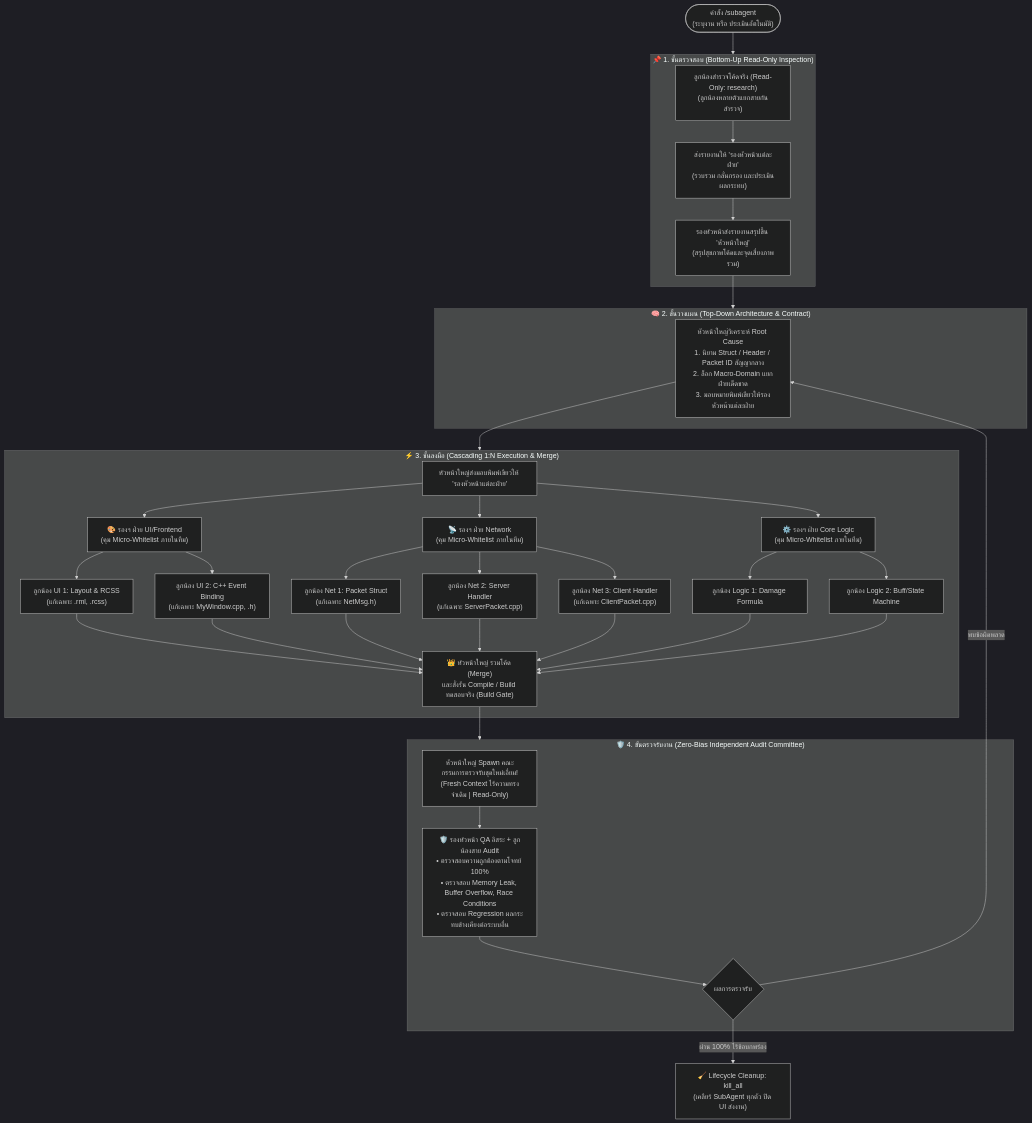
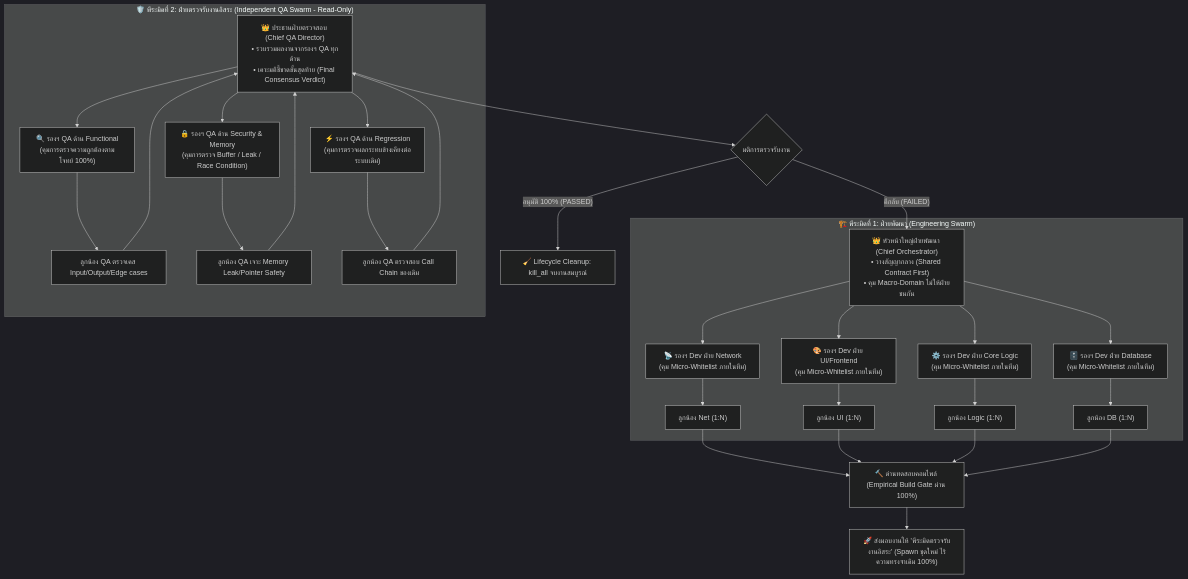
The diagram in subagent/SKILL.md (skszone01/antigravity-skills), drawn with Mermaid (dark theme) before and after one commit. The commit also changed other lines of this file and 1 other file, not shown here.

Commit message:
feat(subagent): upgrade to Symmetric Dual-Pyramid architecture (Dev Swarm vs Independent QA Swarm)

````diff
--- a/subagent/SKILL.md
+++ b/subagent/SKILL.md
@@ -49,52 +15,37 @@
 ```mermaid
 flowchart TD
-    User(["คำสั่ง /subagent<br>(ระบุงาน หรือ ประเมินอัตโนมัติ)"]) --> Step1
+    subgraph PyramidA ["🏗️ พีระมิดที่ 1: ฝ่ายพัฒนา (Engineering Swarm)"]
+        LeadDev["👑 หัวหน้าใหญ่ฝ่ายพัฒนา (Chief Orchestrator)<br>• วางสัญญากลาง (Shared Contract First)<br>• คุม Macro-Domain ไม่ให้ฝ่ายชนกัน"]
+        
+        LeadDev --> ViceDevNet["📡 รองฯ Dev ฝ่าย Network<br>(คุม Micro-Whitelist ภายในทีม)"]
+        LeadDev --> ViceDevUI["🎨 รองฯ Dev ฝ่าย UI/Frontend<br>(คุม Micro-Whitelist ภายในทีม)"]
+        LeadDev --> ViceDevLogic["⚙️ รองฯ Dev ฝ่าย Core Logic<br>(คุม Micro-Whitelist ภายในทีม)"]
+        LeadDev --> ViceDevDB["🗄️ รองฯ Dev ฝ่าย Database<br>(คุม Micro-Whitelist ภายในทีม)"]
 
-    %% STEP 1: PRE-AUDIT
-    subgraph Step1 ["📌 1. ขั้นตรวจสอบ (Bottom-Up Read-Only Inspection)"]
-        InspectCall["ลูกน้องสำรวจโค้ดจริง (Read-Only: research)<br>(ลูกน้องหลายตัวแยกสายกันสำรวจ)"]
-        InspectCall --> ViceFilter["ส่งรายงานให้ 'รองหัวหน้าแต่ละฝ่าย'<br>(รวบรวม กลั่นกรอง และประเมินผลกระทบ)"]
-        ViceFilter --> ChiefBrief["รองหัวหน้าส่งรายงานสรุปขึ้น 'หัวหน้าใหญ่'<br>(สรุปสุขภาพโค้ดและจุดเสี่ยงภาพรวม)"]
+        ViceDevNet --> W_Dev1["ลูกน้อง Net (1:N)"]
+        ViceDevUI --> W_Dev2["ลูกน้อง UI (1:N)"]
+        ViceDevLogic --> W_Dev3["ลูกน้อง Logic (1:N)"]
+        ViceDevDB --> W_Dev4["ลูกน้อง DB (1:N)"]
     end
 
-    ChiefBrief --> Step2
+    W_Dev1 & W_Dev2 & W_Dev3 & W_Dev4 --> BuildGate["🔨 ด่านทดสอบคอมไพล์ (Empirical Build Gate ผ่าน 100%)"]
 
-    %% STEP 2: PLANNING
-    subgraph Step2 ["🧠 2. ขั้นวางแผน (Top-Down Architecture & Contract)"]
-        Planning["หัวหน้าใหญ่วิเคราะห์ Root Cause<br>1. นิยาม Struct / Header / Packet ID สัญญากลาง<br>2. ล็อก Macro-Domain แยกฝ่ายเด็ดขาด<br>3. มอบหมายพิมพ์เขียวให้รองหัวหน้าแต่ละฝ่าย"]
+    BuildGate --> SpawnQAPyramid["🚀 ส่งมอบงานให้ 'พีระมิดตรวจรับงานอิสระ' (Spawn ชุดใหม่ ไร้ความทรงจำเดิม 100%)"]
+
+    subgraph PyramidB ["🛡️ พีระมิดที่ 2: ฝ่ายตรวจรับงานอิสระ (Independent QA Swarm - Read-Only)"]
+        ChiefQA["👑 ประธานฝ่ายตรวจสอบ (Chief QA Director)<br>• รวบรวมผลงานจากรองฯ QA ทุกด้าน<br>• เคาะมติชี้ขาดขั้นสุดท้าย (Final Consensus Verdict)"]
+        
+        ChiefQA --> ViceQAFunc["🔍 รองฯ QA ด้าน Functional<br>(คุมการตรวจความถูกต้องตามโจทย์ 100%)"]
+        ChiefQA --> ViceQASec["🔒 รองฯ QA ด้าน Security & Memory<br>(คุมการตรวจ Buffer / Leak / Race Condition)"]
+        ChiefQA --> ViceQAReg["⚡ รองฯ QA ด้าน Regression<br>(คุมการตรวจผลกระทบข้างเคียงต่อระบบเดิม)"]
+
+        ViceQAFunc --> W_QA1["ลูกน้อง QA ตรวจเคส Input/Output/Edge cases"]
+        ViceQASec --> W_QA2["ลูกน้อง QA เจาะ Memory Leak/Pointer Safety"]
+        ViceQAReg --> W_QA3["ลูกน้อง QA ตรวจสอบ Call Chain ของเดิม"]
     end
 
-    Planning --> Step3
-
-    %% STEP 3: EXECUTION
-    subgraph Step3 ["⚡ 3. ขั้นลงมือ (Cascading 1:N Execution & Merge)"]
-        Distribute["หัวหน้าใหญ่ส่งมอบพิมพ์เขียวให้ 'รองหัวหน้าแต่ละฝ่าย'"]
-        
-        Distribute --> ViceUI["🎨 รองฯ ฝ่าย UI/Frontend<br>(คุม Micro-Whitelist ภายในทีม)"]
-        ViceUI --> W_UI1["ลูกน้อง UI 1: Layout & RCSS<br>(แก้เฉพาะ .rml, .rcss)"]
-        ViceUI --> W_UI2["ลูกน้อง UI 2: C++ Event Binding<br>(แก้เฉพาะ MyWindow.cpp, .h)"]
-        
-        Distribute --> ViceNet["📡 รองฯ ฝ่าย Network<br>(คุม Micro-Whitelist ภายในทีม)"]
-        ViceNet --> W_Net1["ลูกน้อง Net 1: Packet Struct<br>(แก้เฉพาะ NetMsg.h)"]
-        ViceNet --> W_Net2["ลูกน้อง Net 2: Server Handler<br>(แก้เฉพาะ ServerPacket.cpp)"]
-        ViceNet --> W_Net3["ลูกน้อง Net 3: Client Handler<br>(แก้เฉพาะ ClientPacket.cpp)"]
-
-        Distribute --> ViceLogic["⚙️ รองฯ ฝ่าย Core Logic<br>(คุม Micro-Whitelist ภายในทีม)"]
-        ViceLogic --> W_Logic1["ลูกน้อง Logic 1: Damage Formula"]
-        ViceLogic --> W_Logic2["ลูกน้อง Logic 2: Buff/State Machine"]
-
-        W_UI1 & W_UI2 & W_Net1 & W_Net2 & W_Net3 & W_Logic1 & W_Logic2 --> Integration["👑 หัวหน้าใหญ่ รวมโค้ด (Merge)<br>และสั่งรัน Compile / Build ทดสอบจริง (Build Gate)"]
-    end
-
-    Integration --> Step4
-
-    %% STEP 4: FRESH AUDIT
-    subgraph Step4 ["🛡️ 4. ขั้นตรวจรับงาน (Zero-Bias Independent Audit Committee)"]
-        SpawnFresh["หัวหน้าใหญ่ Spawn คณะกรรมการตรวจรับชุดใหม่เอี่ยม!<br>(Fresh Context ไร้ความทรงจำเดิม | Read-Only)"]
-        SpawnFresh --> QA_Team["🛡️ รองหัวหน้า QA อิสระ + ลูกน้องสาย Audit<br>• ตรวจสอบความถูกต้องตามโจทย์ 100%<br>• ตรวจสอบ Memory Leak, Buffer Overflow, Race Conditions<br>• ตรวจสอบ Regression ผลกระทบข้างเคียงต่อระบบอื่น"]
-        QA_Team --> QADecision{"ผลการตรวจรับ"}
-    end
-
-    QADecision -- "ผ่าน 100% ไร้ข้อบกพร่อง" --> Cleanup["🧹 Lifecycle Cleanup: kill_all<br>(เคลียร์ SubAgent ทุกตัว ปิด UI ส่งงาน)"]
-    QADecision -- "พบข้อผิดพลาด" --> Planning
+    W_QA1 & W_QA2 & W_QA3 --> ChiefQA
+    ChiefQA --> Verdict{"มติการตรวจรับงาน"}
+    Verdict -- "อนุมัติ 100% (PASSED)" --> Clean["🧹 Lifecycle Cleanup: kill_all จบงานสมบูรณ์"]
+    Verdict -- "ตีกลับ (FAILED)" --> LeadDev
 ```
````
